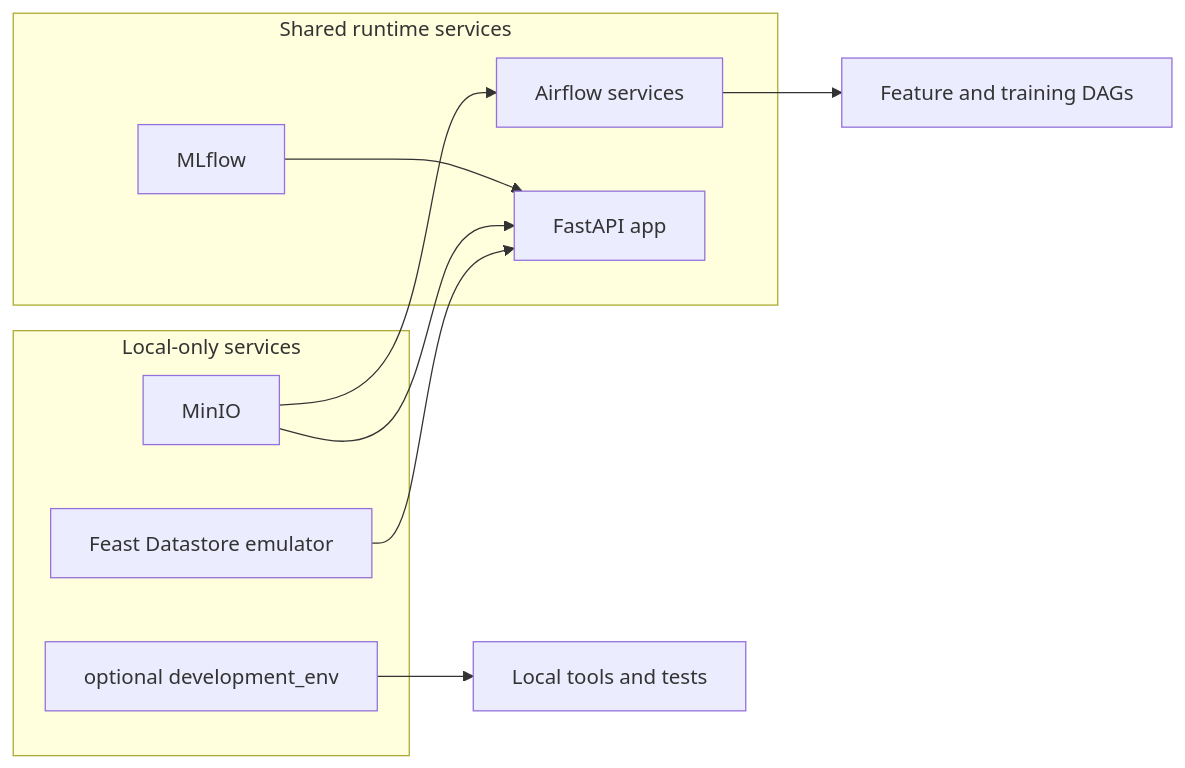
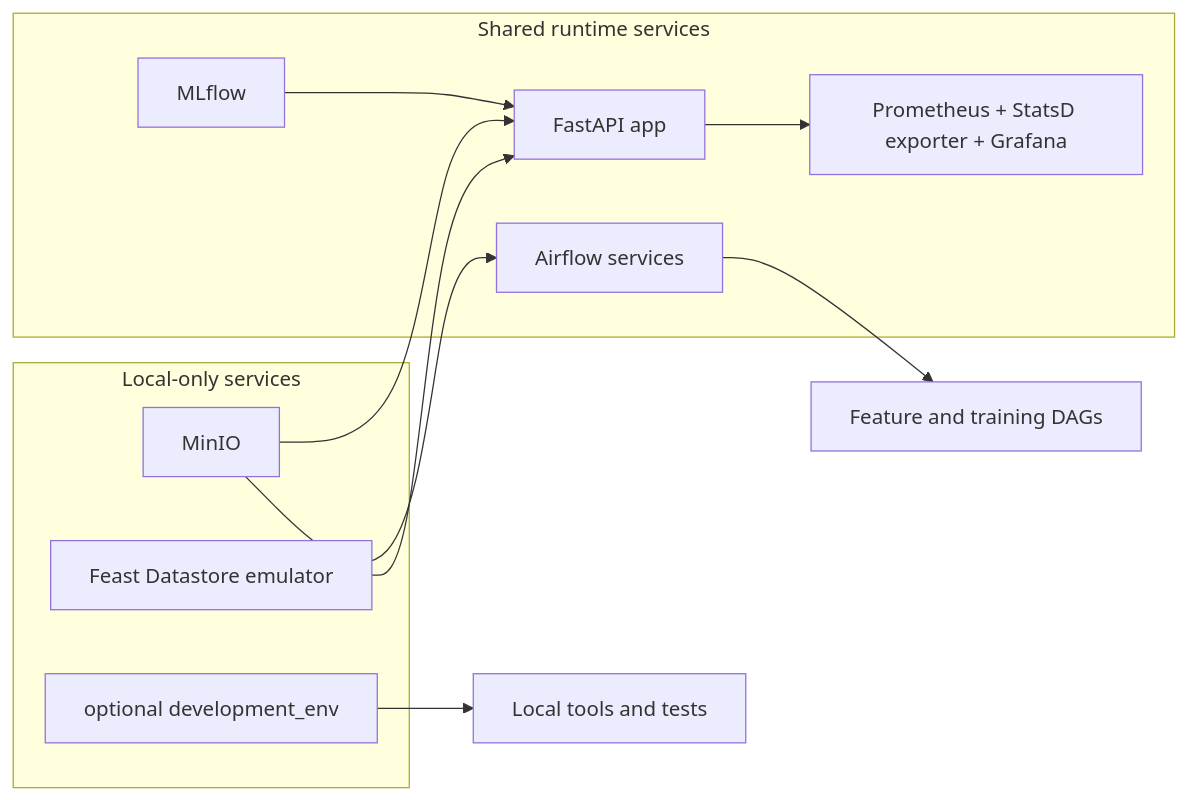
Before and after one commit to javihslu/foehncast: the diagram in containers/README.md, drawn with Mermaid. The commit also changed other lines of this file and 18 other files, not shown here.

````diff
--- a/containers/README.md
+++ b/containers/README.md
@@ -7,19 +7,21 @@
 ```mermaid
 flowchart LR
 	subgraph Shared[Shared runtime services]
 		Airflow[Airflow services]
 		MLflow[MLflow]
 		API[FastAPI app]
+		Monitor[Prometheus + StatsD exporter + Grafana]
 	end
 	subgraph LocalOnly[Local-only services]
 		Dev[optional development_env]
 		Objectstore[MinIO]
 		Emulator[Feast Datastore emulator]
 	end
 	Airflow --> Feature[Feature and training DAGs]
 	MLflow --> API
 	Objectstore --> Airflow
 	Objectstore --> API
 	Emulator --> API
+	API --> Monitor
 	Dev --> Tests[Local tools and tests]
 ```
````
